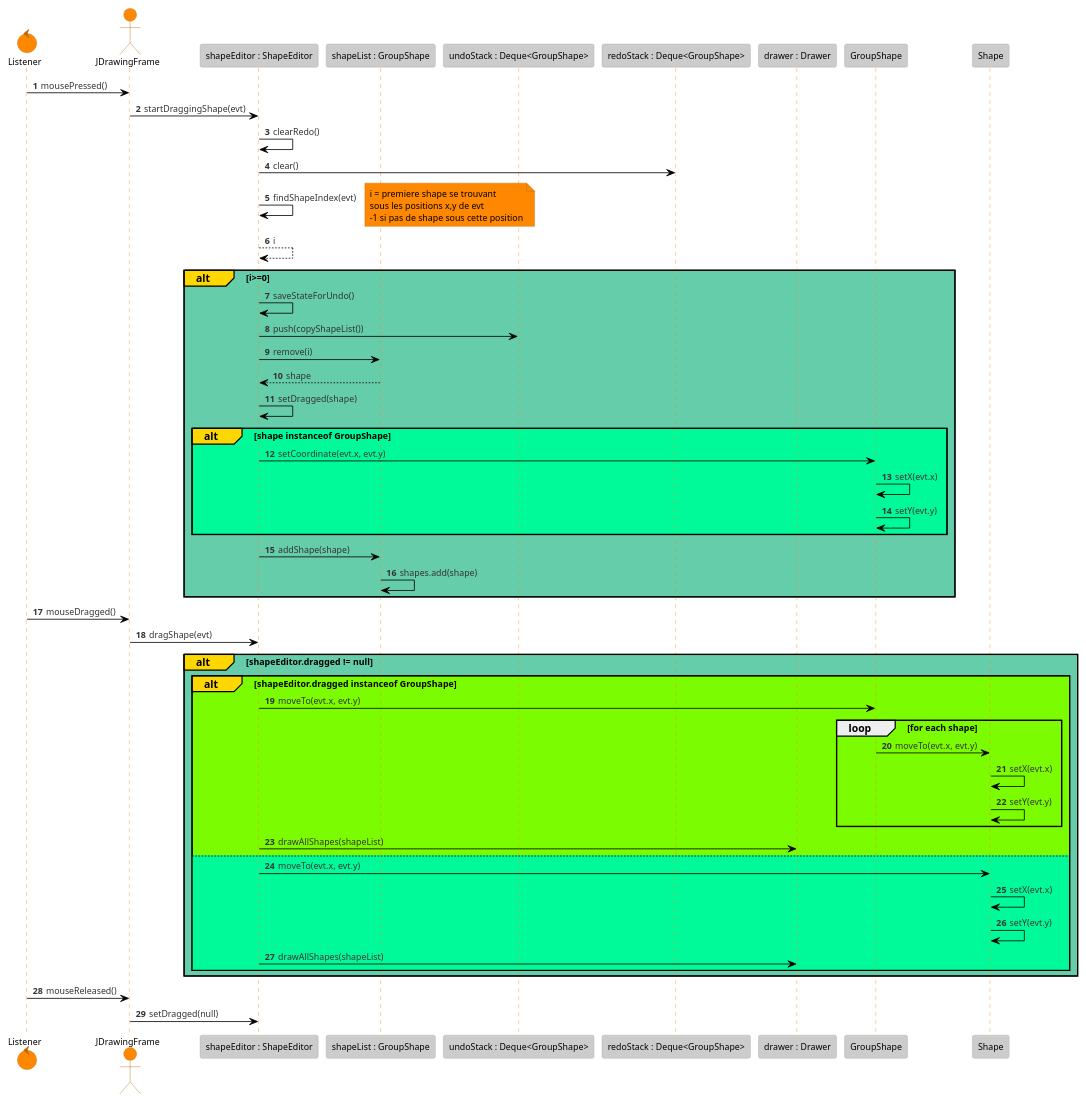
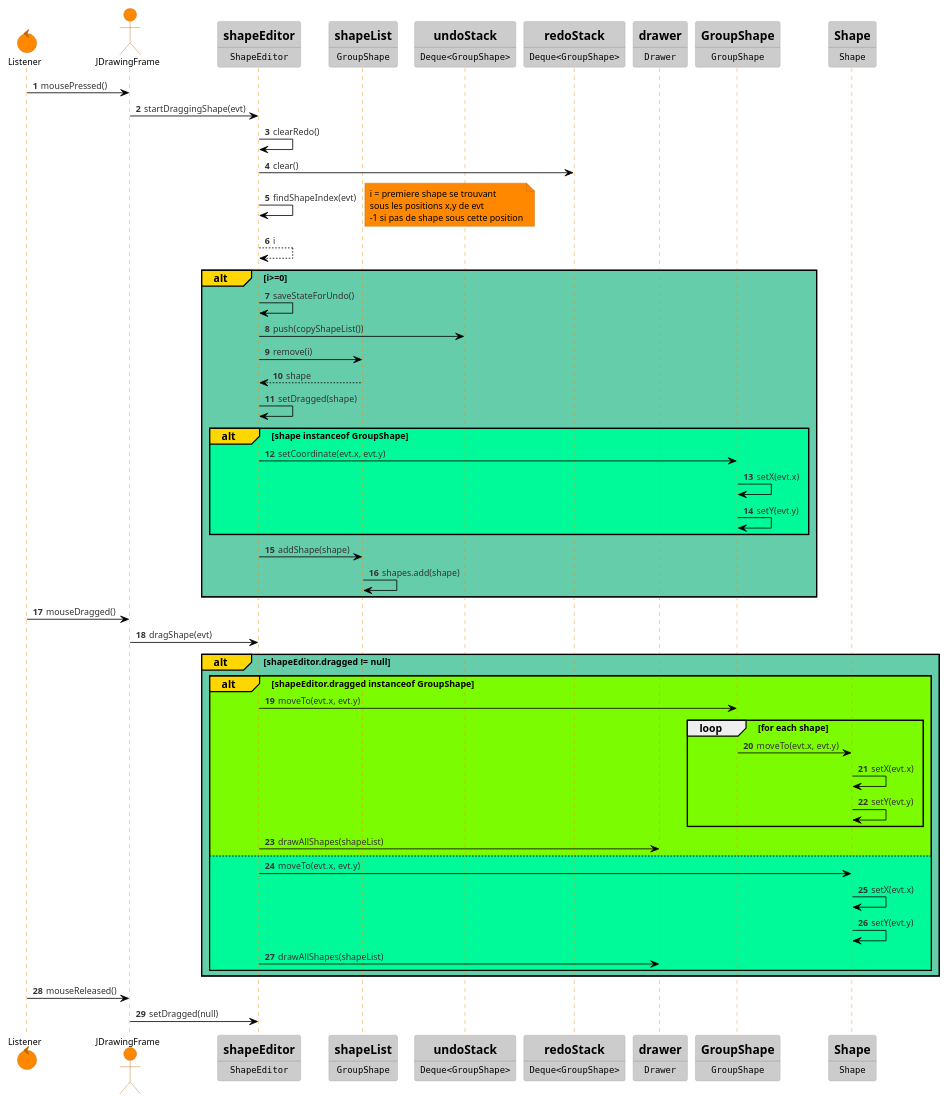
One commit to TomFrances/PC_persistence changed the diagram in sequence_moveGroupe.puml. Above: the diagram before and after it, drawn with PlantUML. The commit also changed 4 other files, not shown here.

```diff
--- a/sequence_moveGroupe.puml
+++ b/sequence_moveGroupe.puml
@@ -1,71 +1,99 @@
 @startuml
 'https://plantuml.com/sequence-diagram
 !theme reddress-lightorange
 autonumber
 control Listener
 actor JDrawingFrame
-participant "shapeEditor : ShapeEditor" as ShapeEditor
-participant "shapeList : GroupShape" as ShapeList
-participant "undoStack : Deque<GroupShape>" as UndoStack
-participant "redoStack : Deque<GroupShape>" as RedoStack
-participant "drawer : Drawer" as Drawer
-
+participant ShapeEditor [
+=shapeEditor
+----
+""ShapeEditor""
+]
+participant ShapeList [
+=shapeList
+----
+""GroupShape""
+]
+participant UndoStack [
+=undoStack
+----
+""Deque<GroupShape>""
+]
+participant RedoStack [
+=redoStack
+----
+""Deque<GroupShape>""
+]
+participant Drawer [
+=drawer
+----
+""Drawer""
+]
 Listener -> JDrawingFrame : mousePressed()
 JDrawingFrame -> ShapeEditor : startDraggingShape(evt)
 ShapeEditor -> ShapeEditor : clearRedo()
 ShapeEditor -> RedoStack : clear()
 
 ShapeEditor -> ShapeEditor : findShapeIndex(evt)
 note right
     i = premiere shape se trouvant
     sous les positions x,y de evt
     -1 si pas de shape sous cette position
 end note
 ShapeEditor --> ShapeEditor : i
 
 alt#Gold #mediumAquaMarine i>=0
 
     ShapeEditor -> ShapeEditor : saveStateForUndo()
     ShapeEditor -> UndoStack : push(copyShapeList())
     ShapeEditor -> ShapeList : remove(i)
     ShapeList --> ShapeEditor : shape
 
     ShapeEditor -> ShapeEditor : setDragged(shape)
+    participant GroupShape [
+    =GroupShape
+    ----
+    ""GroupShape""
+    ]
     alt#Gold #Mediumspringgreen shape instanceof GroupShape
         ShapeEditor -> GroupShape : setCoordinate(evt.x, evt.y)
         GroupShape -> GroupShape : setX(evt.x)
         GroupShape -> GroupShape : setY(evt.y)
     end
     ShapeEditor -> ShapeList : addShape(shape)
     ShapeList -> ShapeList : shapes.add(shape)
 end
 
 
 Listener -> JDrawingFrame : mouseDragged()
 
    JDrawingFrame -> ShapeEditor : dragShape(evt)
 alt#Gold #mediumAquaMarine shapeEditor.dragged != null
-
+    participant Shape [
+    =Shape
+    ----
+    ""Shape""
+    ]
     alt#Gold #Lawngreen shapeEditor.dragged instanceof GroupShape
        ShapeEditor -> GroupShape : moveTo(evt.x, evt.y)
        loop for each shape
         GroupShape -> Shape : moveTo(evt.x, evt.y)
         Shape -> Shape : setX(evt.x)
         Shape -> Shape : setY(evt.y)
        end
        ShapeEditor -> Drawer :  drawAllShapes(shapeList)
     else #Mediumspringgreen
        ShapeEditor -> Shape : moveTo(evt.x, evt.y)
        Shape -> Shape : setX(evt.x)
        Shape -> Shape : setY(evt.y)
        ShapeEditor -> Drawer :  drawAllShapes(shapeList)
     end
 
 end
 
 Listener -> JDrawingFrame : mouseReleased()
 JDrawingFrame -> ShapeEditor : setDragged(null)
 
 
 
 @enduml
```
